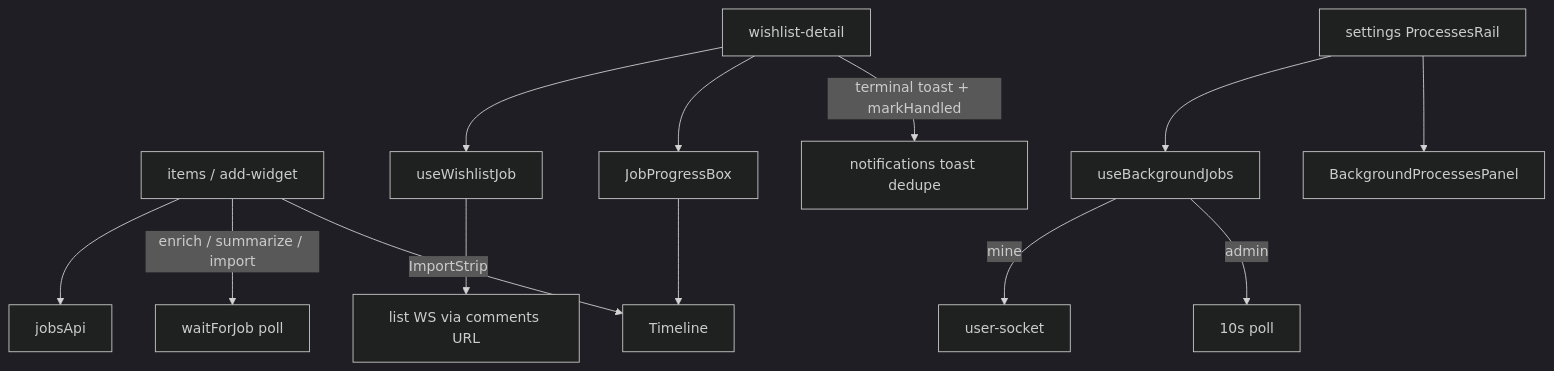
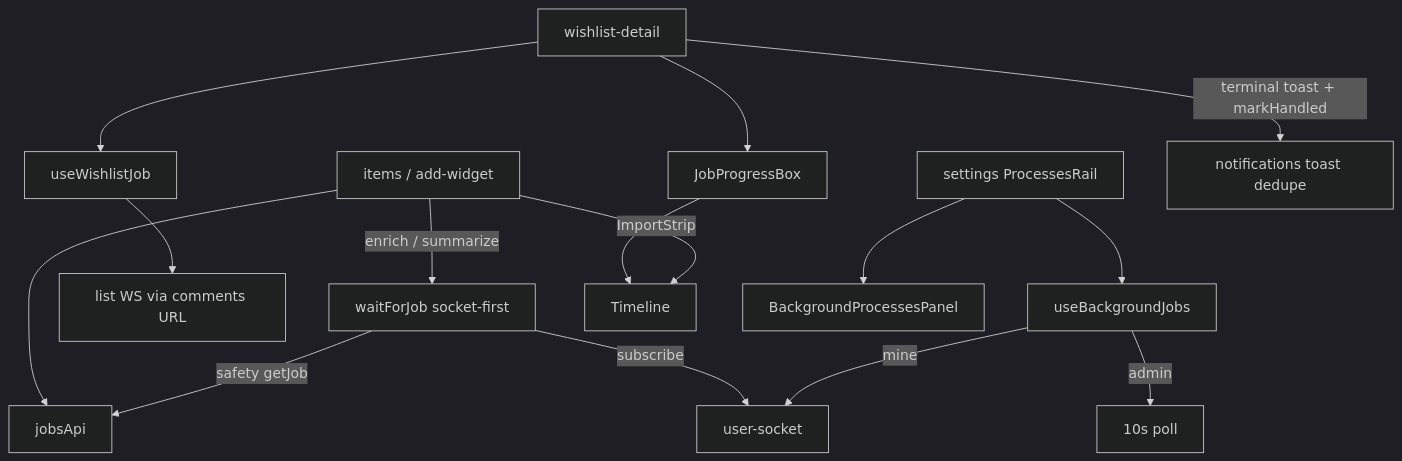
The diagram in src/features/jobs/README.md (Tech180/giftistry-react), drawn with Mermaid (dark theme) before and after one commit. The commit also changed other lines of this file and 59 other files, not shown here.

````diff
--- a/src/features/jobs/README.md
+++ b/src/features/jobs/README.md
@@ -35,27 +35,29 @@
 ```mermaid
 flowchart TD
   starters[items / add-widget]
   api[jobsApi]
-  wait[waitForJob poll]
+  wait[waitForJob socket-first]
   listHook[useWishlistJob]
   listWs[list WS via comments URL]
   bgHook[useBackgroundJobs]
   userSock[user-socket]
   progress[JobProgressBox]
   timeline[Timeline]
   panel[BackgroundProcessesPanel]
   page[wishlist-detail]
   settings[settings ProcessesRail]
   notif[notifications toast dedupe]
 
   starters --> api
-  starters -->|enrich / summarize / import| wait
+  starters -->|enrich / summarize| wait
+  wait -->|subscribe| userSock
+  wait -->|safety getJob| api
   page --> listHook --> listWs
   page --> progress --> timeline
   starters -->|ImportStrip| timeline
   settings --> bgHook
   bgHook -->|mine| userSock
   bgHook -->|admin| poll10s[10s poll]
   settings --> panel
   page -->|terminal toast + markHandled| notif
 ```
````
